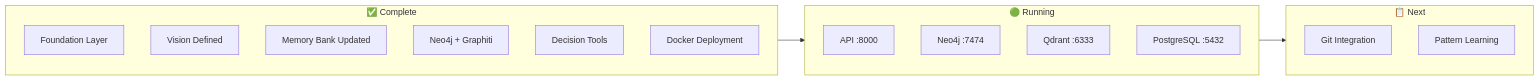
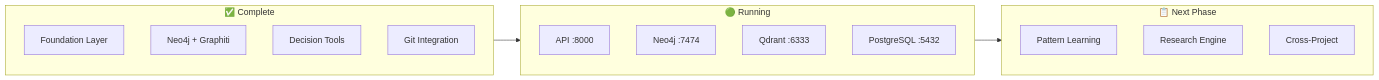
One commit to zad0xlik/sigma-evolve changed the first of 5 diagrams in memory-bank/activeContext.md. Above: the diagram before and after it, drawn with Mermaid. The commit also changed other lines of this file and 15 other files, not shown here.

````diff
--- a/memory-bank/activeContext.md
+++ b/memory-bank/activeContext.md
@@ -8,25 +8,24 @@
 ```mermaid
 flowchart LR
     subgraph Complete["✅ Complete"]
         FOUND[Foundation Layer]
-        VISION[Vision Defined]
-        DOCS[Memory Bank Updated]
         NEO[Neo4j + Graphiti]
         TOOLS[Decision Tools]
-        DEPLOY[Docker Deployment]
+        GIT[Git Integration]
     end
     
     subgraph Running["🟢 Running"]
         API[API :8000]
         NEO4J[Neo4j :7474]
         QD[Qdrant :6333]
         PG[PostgreSQL :5432]
     end
     
-    subgraph Next["📋 Next"]
-        GIT[Git Integration]
+    subgraph Next["📋 Next Phase"]
         PATTERN[Pattern Learning]
+        RESEARCH[Research Engine]
+        CROSS[Cross-Project]
     end
     
     Complete --> Running --> Next
 ```
````
